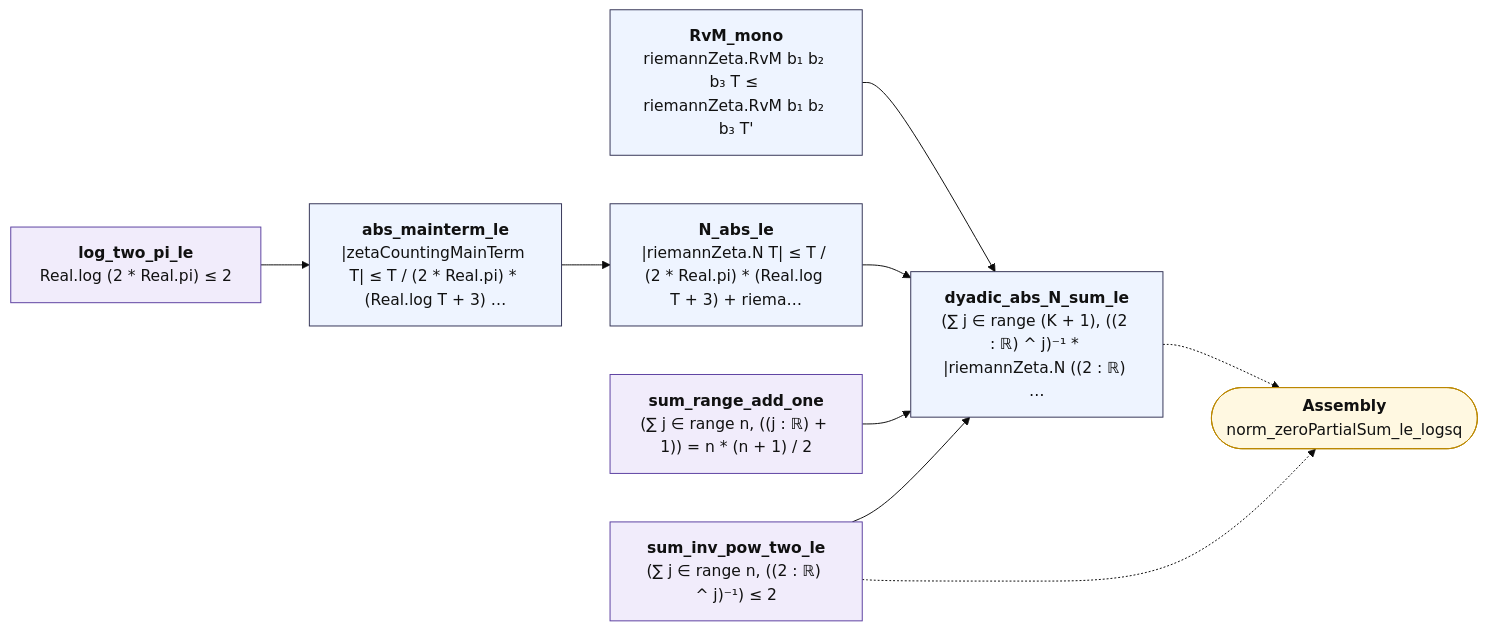
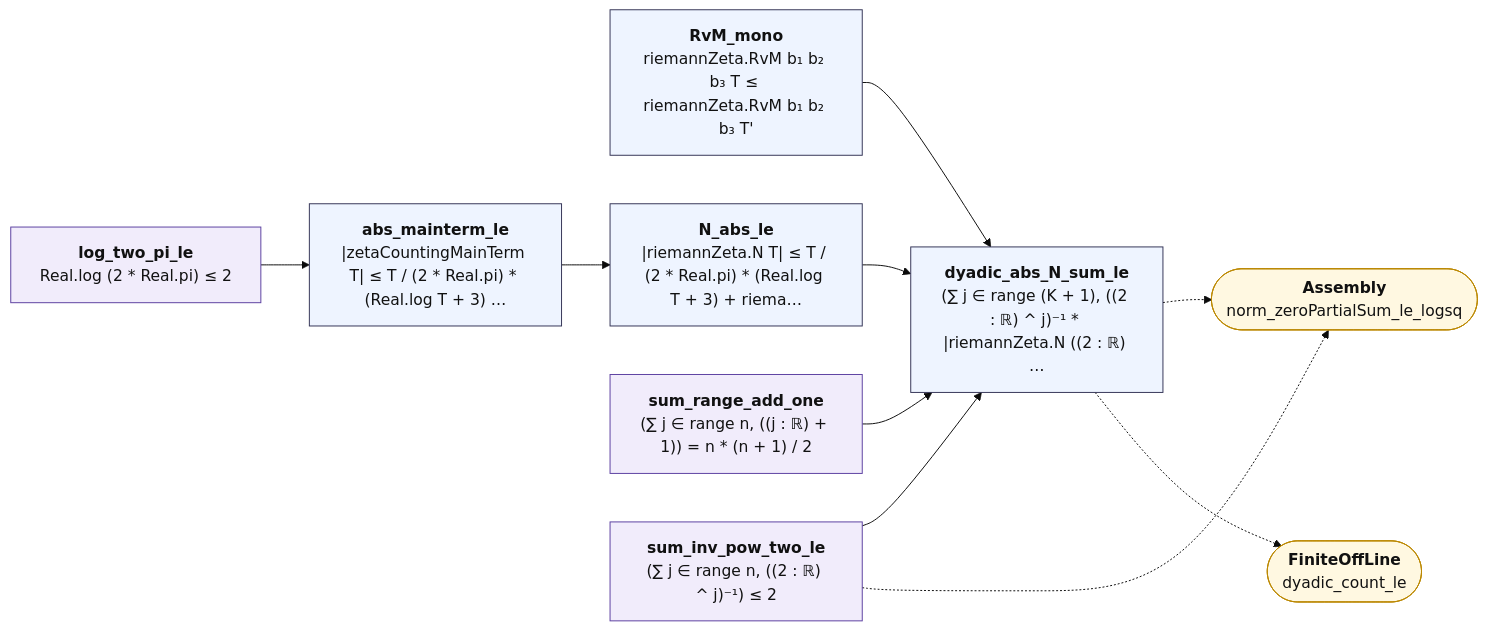
Before and after one commit to juliansambranojr/Primebeat_081426: the diagram in map/lean_stage3/ZeroSum.md, drawn with Mermaid (base theme). The commit also changed other lines of this file and 54 other files, not shown here.

````diff
--- a/map/lean_stage3/ZeroSum.md
+++ b/map/lean_stage3/ZeroSum.md
@@ -12,27 +12,29 @@
 ```mermaid
 flowchart LR
   n0["<b>log_two_pi_le</b><br/>Real.log (2 * Real.pi) ≤ 2"]:::shp
   n1["<b>RvM_mono</b><br/>riemannZeta.RvM b₁ b₂ b₃ T ≤ riemannZeta.RvM b₁ b₂ b₃ T'"]:::thm
   n2["<b>abs_mainterm_le</b><br/>|zetaCountingMainTerm T| ≤ T / (2 * Real.pi) * (Real.log T + 3) …"]:::thm
   n3["<b>N_abs_le</b><br/>|riemannZeta.N T| ≤ T / (2 * Real.pi) * (Real.log T + 3) + riema…"]:::thm
   n4["<b>sum_range_add_one</b><br/>(∑ j ∈ range n, ((j : ℝ) + 1)) = n * (n + 1) / 2"]:::shp
   n5["<b>sum_inv_pow_two_le</b><br/>(∑ j ∈ range n, ((2 : ℝ) ^ j)⁻¹) ≤ 2"]:::shp
   n6["<b>dyadic_abs_N_sum_le</b><br/>(∑ j ∈ range (K + 1), ((2 : ℝ) ^ j)⁻¹ * |riemannZeta.N ((2 : ℝ) …"]:::thm
   x0(["<b>Assembly</b><br/>norm_zeroPartialSum_le_logsq"]):::ext
+  x1(["<b>FiniteOffLine</b><br/>dyadic_count_le"]):::ext
   n0 --> n2
   n1 --> n6
   n2 --> n3
   n3 --> n6
   n4 --> n6
   n5 --> n6
   n5 -.-> x0
   n6 -.-> x0
+  n6 -.-> x1
   classDef cnt fill:#dff5ec,stroke:#17694a,color:#111
   classDef shp fill:#f1ecfb,stroke:#5b3fa0,color:#111
   classDef rh fill:#ffe5e5,stroke:#c22,color:#111,stroke-width:2px
   classDef thm fill:#eef4ff,stroke:#335,color:#111
   classDef end_ fill:#e7f7e7,stroke:#2a7,color:#111,stroke-width:2px
   classDef lone fill:#fff,stroke:#999,color:#111,stroke-dasharray:4 3
   classDef bad fill:#ffe5e5,stroke:#c22,color:#111,stroke-width:2px
   classDef ext fill:#fff8e1,stroke:#b80,color:#111
 ```
````
